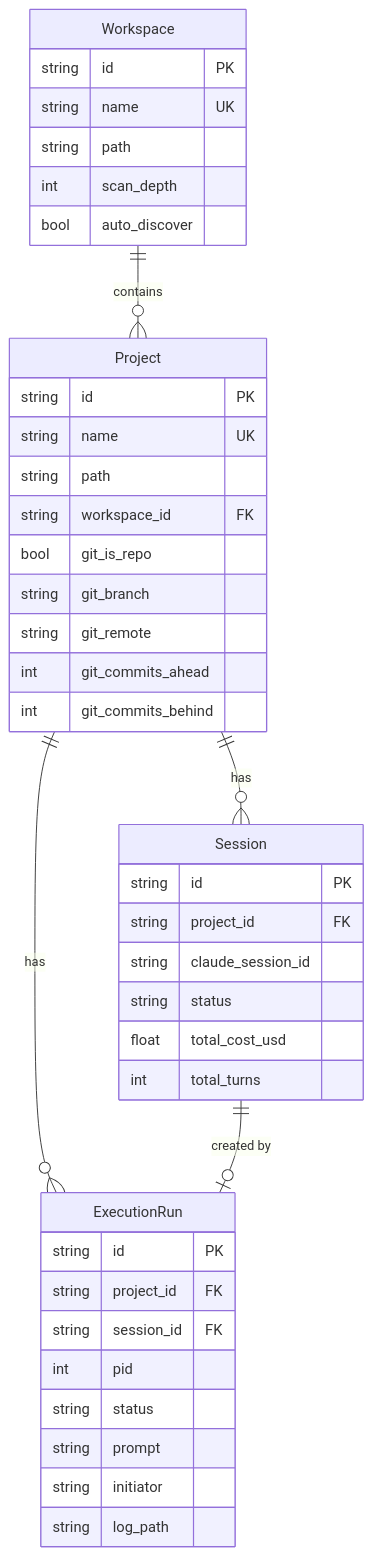
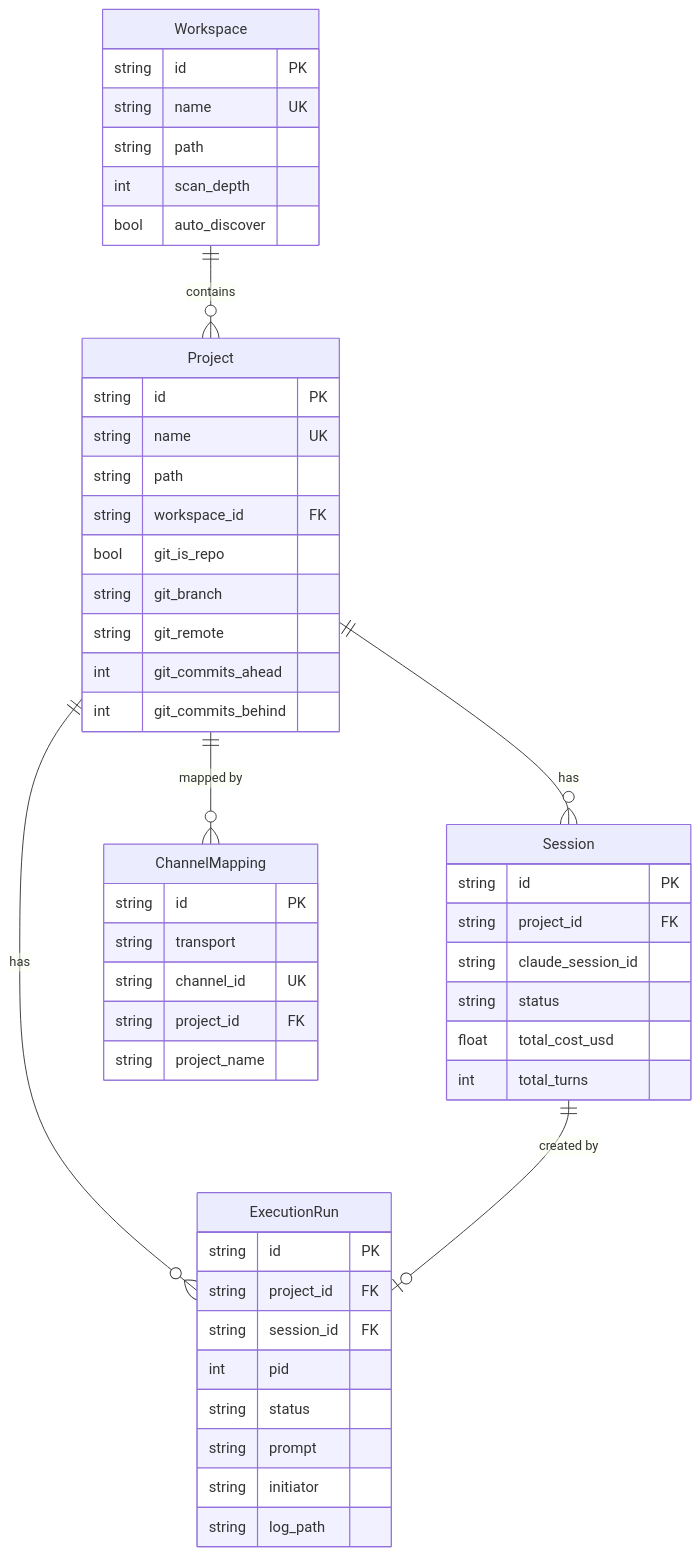
Before and after one commit to carrotly-ai/gluon-agent: the second of 18 diagrams in README.md, drawn with Mermaid. The commit also changed other lines of this file and 18 other files, not shown here.

````diff
--- a/README.md
+++ b/README.md
@@ -135,47 +141,56 @@
 ```mermaid
 erDiagram
     Workspace ||--o{ Project : contains
     Project ||--o{ Session : has
     Project ||--o{ ExecutionRun : has
+    Project ||--o{ ChannelMapping : "mapped by"
     Session ||--o| ExecutionRun : "created by"
 
     Workspace {
         string id PK
         string name UK
         string path
         int scan_depth
         bool auto_discover
     }
 
     Project {
         string id PK
         string name UK
         string path
         string workspace_id FK
         bool git_is_repo
         string git_branch
         string git_remote
         int git_commits_ahead
         int git_commits_behind
     }
 
     Session {
         string id PK
         string project_id FK
         string claude_session_id
         string status
         float total_cost_usd
         int total_turns
     }
 
     ExecutionRun {
         string id PK
         string project_id FK
         string session_id FK
         int pid
         string status
         string prompt
         string initiator
         string log_path
     }
+
+    ChannelMapping {
+        string id PK
+        string transport
+        string channel_id UK
+        string project_id FK
+        string project_name
+    }
 ```
````
